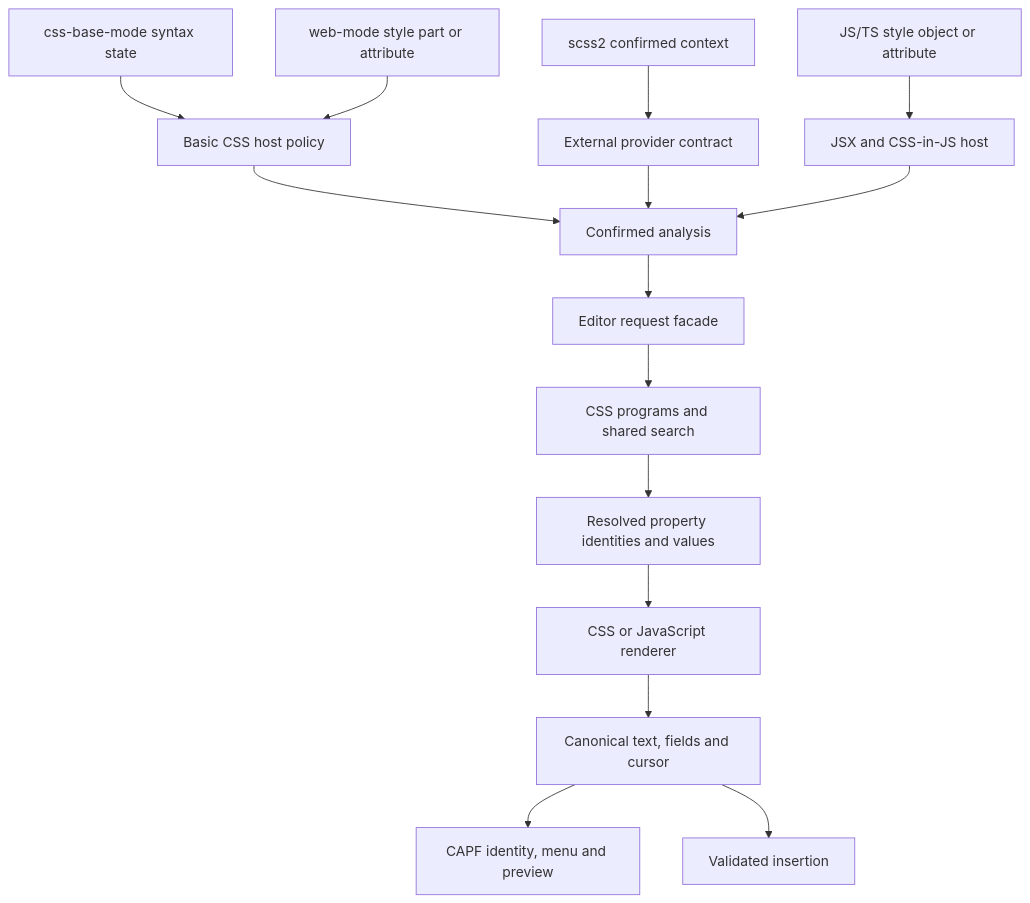
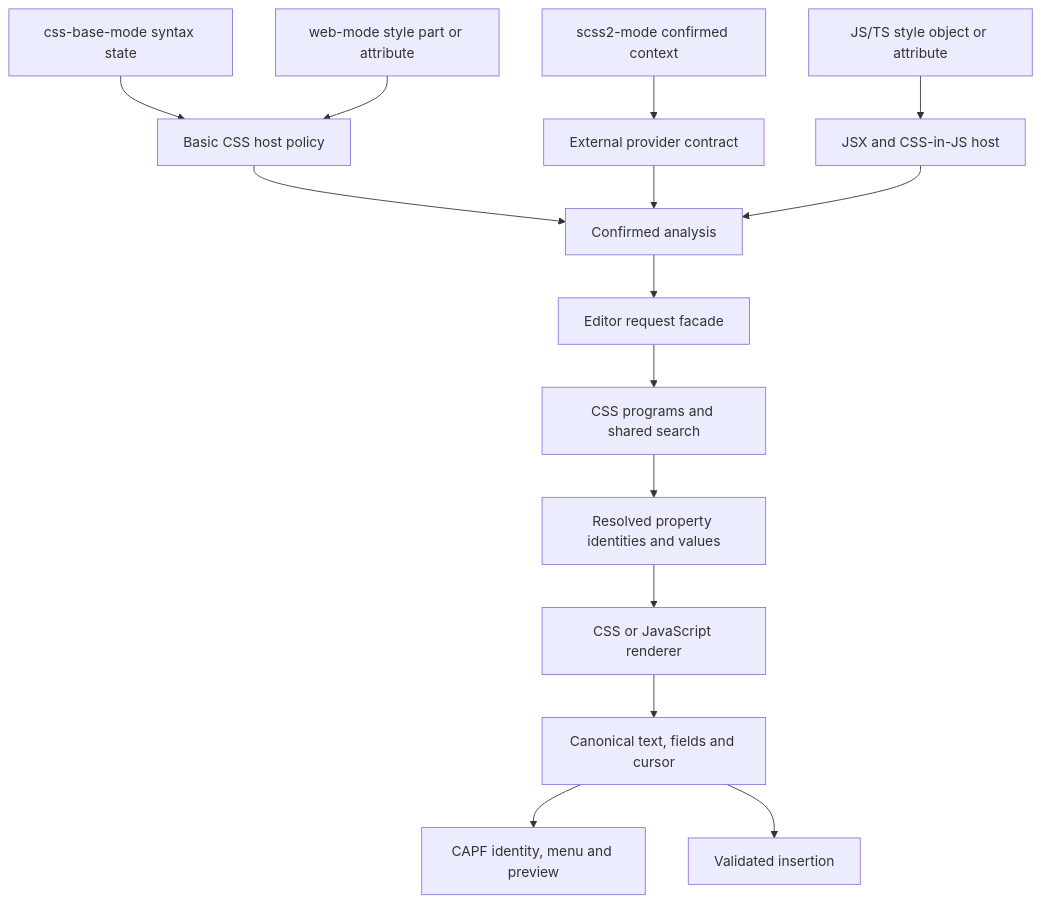
One commit to P233/emmet2-mode changed the diagram in ARCHITECTURE.md. Above: the diagram before and after it, drawn with Mermaid. The commit also changed other lines of this file and 30 other files, not shown here.

````diff
--- a/ARCHITECTURE.md
+++ b/ARCHITECTURE.md
@@ -65,17 +64,17 @@
 ```mermaid
 flowchart TD
     Native[css-base-mode syntax state] --> Basic[Basic CSS host policy]
     Web[web-mode style part or attribute] --> Basic
-    Sass[scss2 confirmed context] --> Provider[External provider contract]
+    Sass[scss2-mode confirmed context] --> Provider[External provider contract]
     Script[JS/TS style object or attribute] --> JSHost[JSX and CSS-in-JS host]
     Basic --> Analysis[Confirmed analysis]
     Provider --> Analysis
     JSHost --> Analysis
     Analysis --> Request[Editor request facade]
     Request --> CSS[CSS programs and shared search]
     CSS --> Declarations[Resolved property identities and values]
     Declarations --> Renderer[CSS or JavaScript renderer]
     Renderer --> Result[Canonical text, fields and cursor]
     Result --> CAPF[CAPF identity, menu and preview]
     Result --> Insert[Validated insertion]
 ```
````
